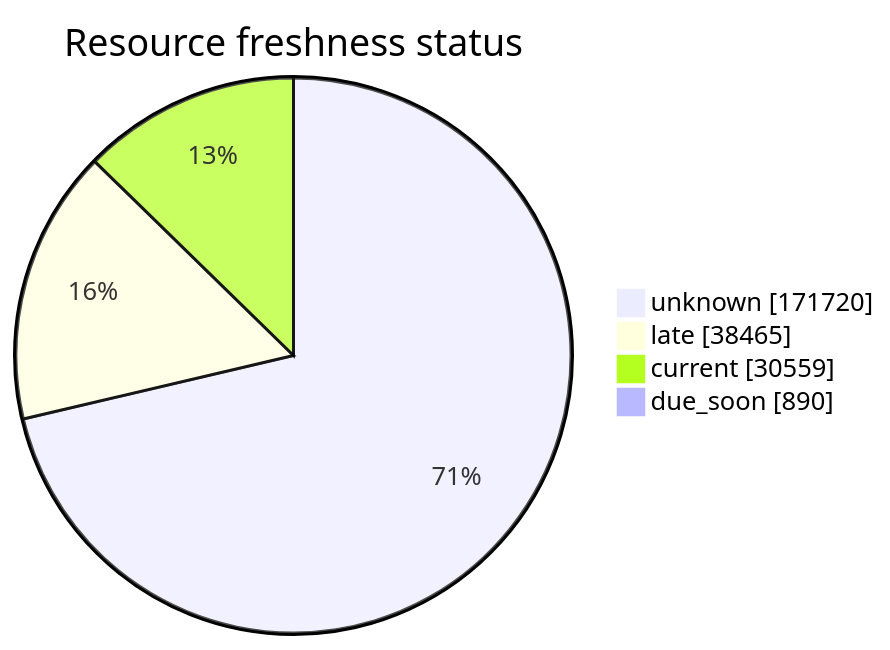
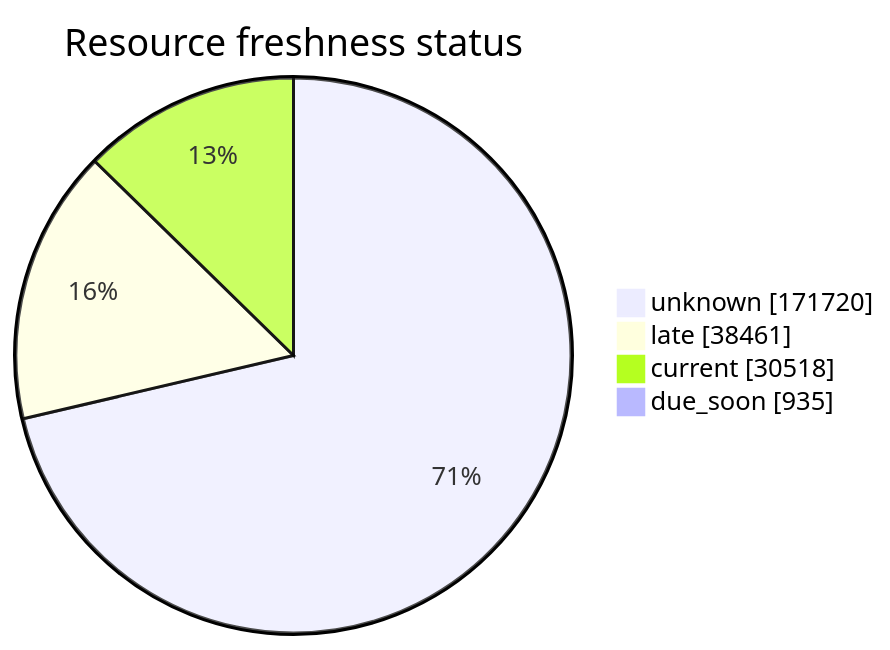
One commit to open-data/analytics-corporate-reporting changed the third of 5 diagrams in FreshCheck/README.md. Above: the diagram before and after it, drawn with Mermaid. The commit also changed other lines of this file and 3 other files, not shown here.

````diff
--- a/FreshCheck/README.md
+++ b/FreshCheck/README.md
@@ -77,7 +77,7 @@
 ```mermaid
 pie showData title Resource freshness status
     "unknown": 171720
-    "late": 38465
-    "current": 30559
-    "due_soon": 890
+    "late": 38461
+    "current": 30518
+    "due_soon": 935
 ```
````
